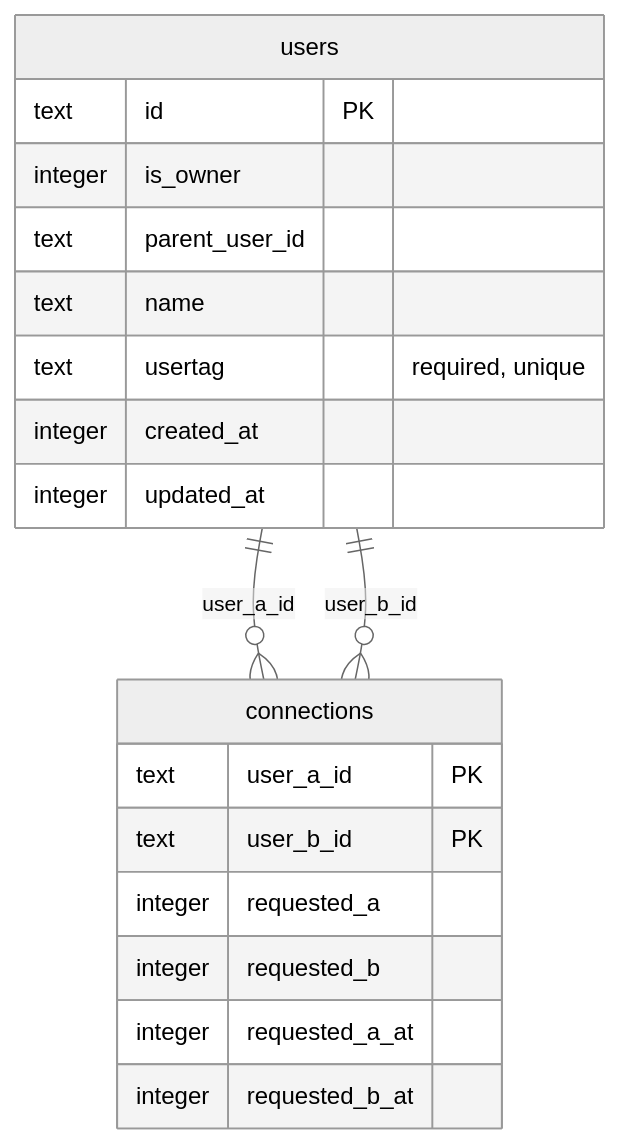
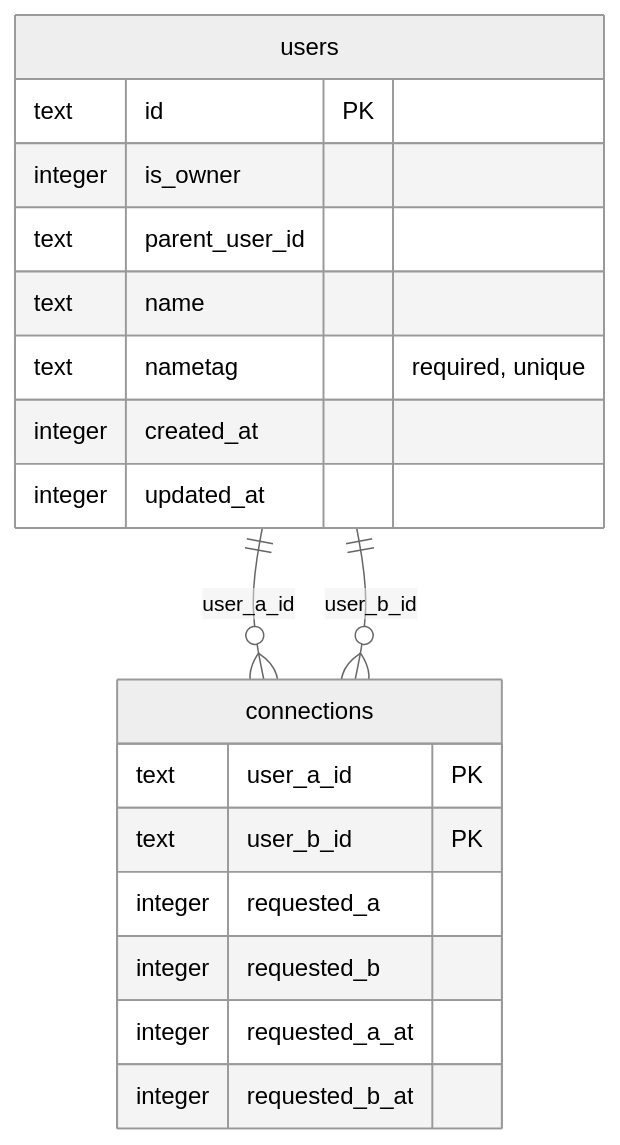
Before and after one commit to ex3ndr/daycare: the first of 5 diagrams in doc/friends.md, drawn with Mermaid (neutral theme). The commit also changed other lines of this file and 34 other files, not shown here.

First line of the commit message:
refactor(friends): rename usertag to nametag across codebase

````diff
--- a/doc/friends.md
+++ b/doc/friends.md
@@ -17,24 +17,24 @@
 ```mermaid
 erDiagram
     users ||--o{ connections : "user_a_id"
     users ||--o{ connections : "user_b_id"
 
     users {
         text id PK
         integer is_owner
         text parent_user_id
         text name
-        text usertag "required, unique"
+        text nametag "required, unique"
         integer created_at
         integer updated_at
     }
 
     connections {
         text user_a_id PK
         text user_b_id PK
         integer requested_a
         integer requested_b
         integer requested_a_at
         integer requested_b_at
     }
 ```
````
